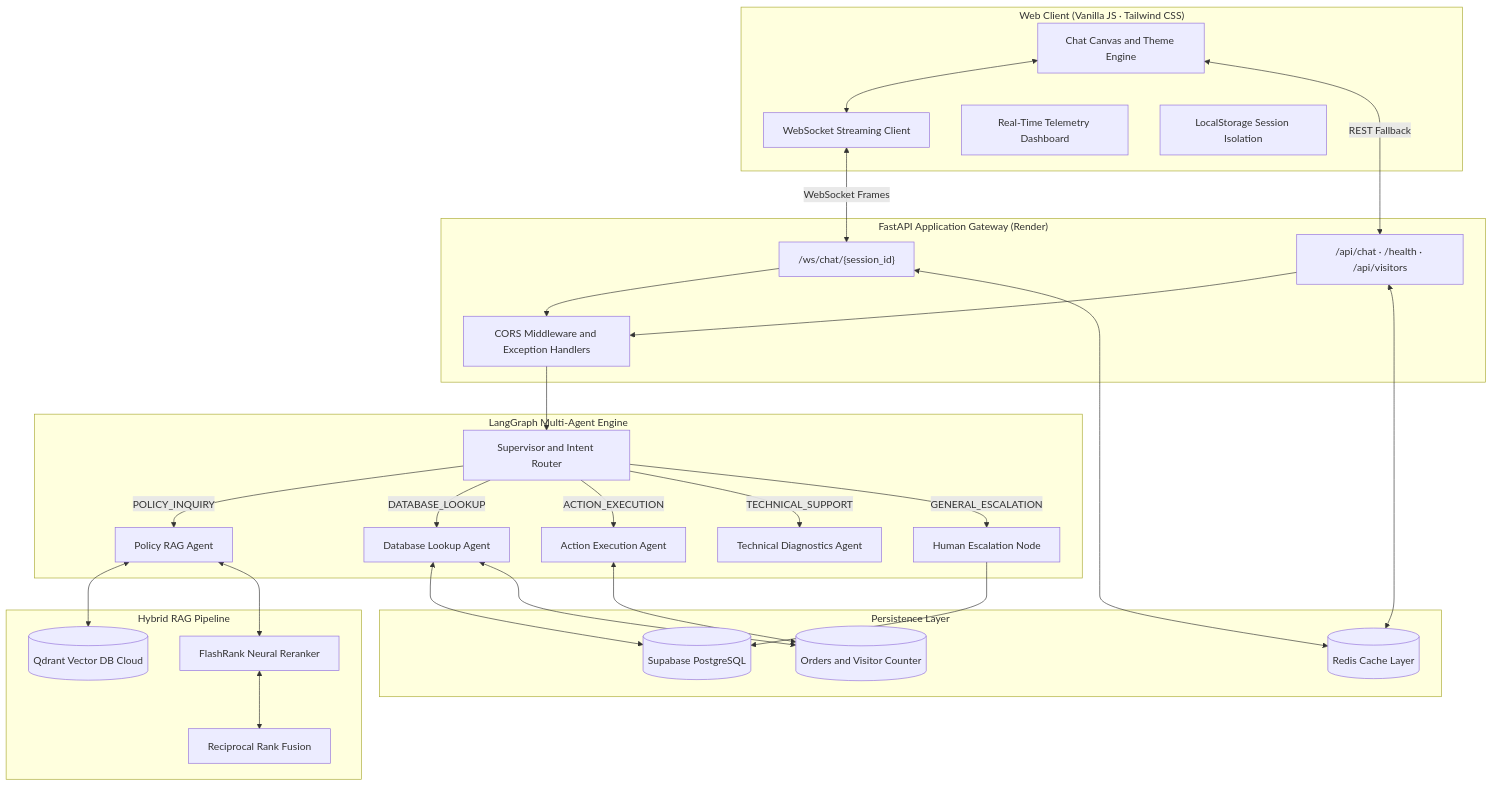
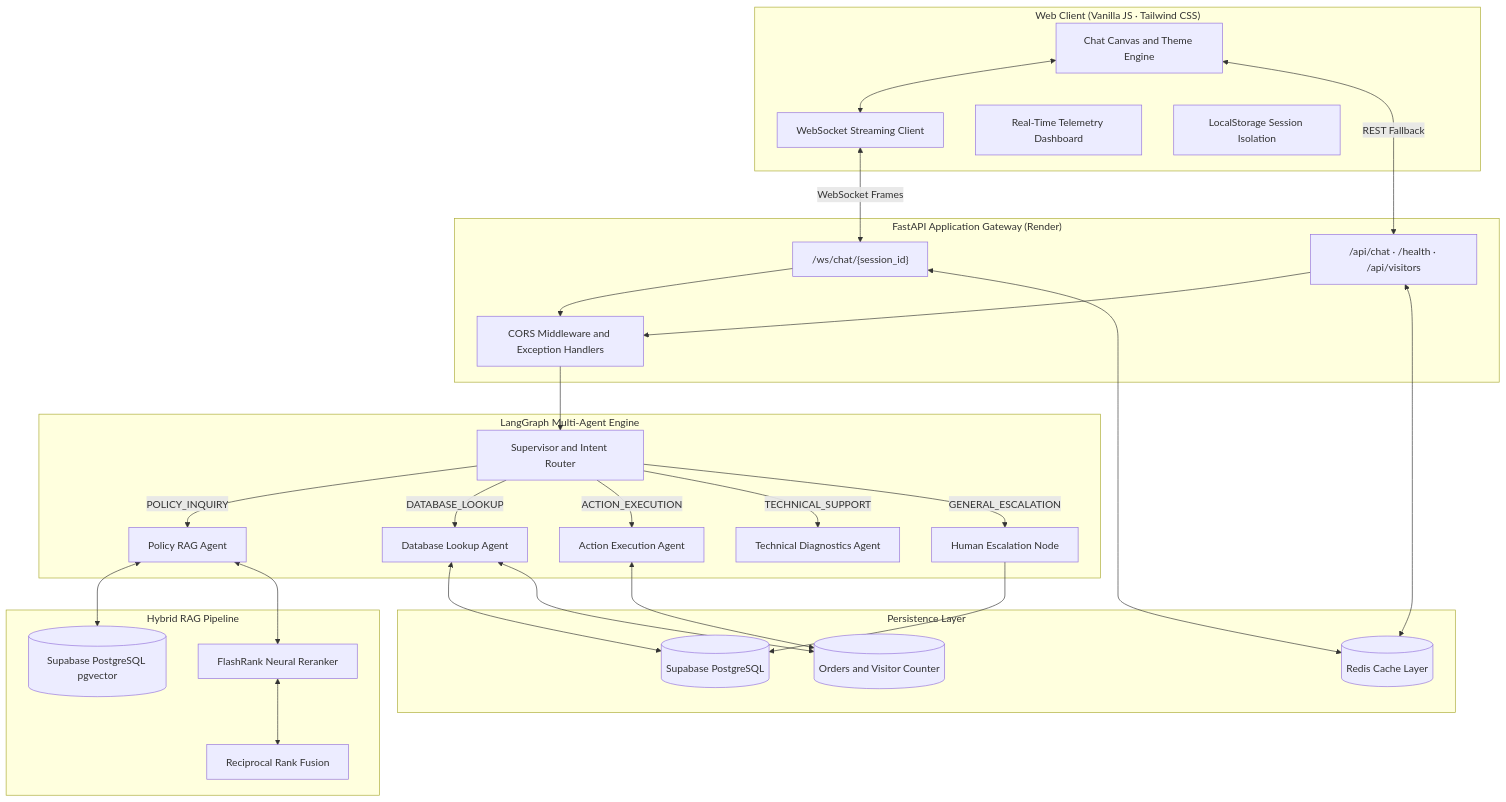
The diagram in README.md (princeVerma73/ResolveX), drawn with Mermaid before and after one commit. The commit also changed other lines of this file, not shown here.

````diff
--- a/README.md
+++ b/README.md
@@ -36,59 +36,59 @@
 ```mermaid
 flowchart TD
     subgraph Client ["Web Client (Vanilla JS · Tailwind CSS)"]
         UI[Chat Canvas and Theme Engine]
         WS_CLIENT[WebSocket Streaming Client]
         TELEMETRY[Real-Time Telemetry Dashboard]
         STORAGE[LocalStorage Session Isolation]
     end
 
     subgraph API ["FastAPI Application Gateway (Render)"]
         WS_ROUTE["/ws/chat/{session_id}"]
         REST_ROUTE["/api/chat · /health · /api/visitors"]
         CORS[CORS Middleware and Exception Handlers]
     end
 
     subgraph LangGraph ["LangGraph Multi-Agent Engine"]
         ROUTER[Supervisor and Intent Router]
         POLICY_NODE[Policy RAG Agent]
         ORDER_NODE[Database Lookup Agent]
         ACTION_NODE[Action Execution Agent]
         TECH_NODE[Technical Diagnostics Agent]
         ESCALATE_NODE[Human Escalation Node]
     end
 
     subgraph RAG ["Hybrid RAG Pipeline"]
-        QDRANT[(Qdrant Vector DB Cloud)]
+        PGVECTOR[(Supabase PostgreSQL pgvector)]
         FLASHRANK[FlashRank Neural Reranker]
         RRF[Reciprocal Rank Fusion]
     end
 
     subgraph Storage ["Persistence Layer"]
         SUPABASE[(Supabase PostgreSQL)]
         REDIS[(Redis Cache Layer)]
         JSON_STORE[(Orders and Visitor Counter)]
     end
 
     UI <--> WS_CLIENT
     WS_CLIENT <-->|WebSocket Frames| WS_ROUTE
     UI <-->|REST Fallback| REST_ROUTE
 
     WS_ROUTE --> CORS --> ROUTER
     REST_ROUTE --> CORS
 
     ROUTER -->|POLICY_INQUIRY| POLICY_NODE
     ROUTER -->|DATABASE_LOOKUP| ORDER_NODE
     ROUTER -->|ACTION_EXECUTION| ACTION_NODE
     ROUTER -->|TECHNICAL_SUPPORT| TECH_NODE
     ROUTER -->|GENERAL_ESCALATION| ESCALATE_NODE
 
-    POLICY_NODE <--> QDRANT
+    POLICY_NODE <--> PGVECTOR
     POLICY_NODE <--> FLASHRANK
     FLASHRANK <--> RRF
     ORDER_NODE <--> SUPABASE
     ORDER_NODE <--> JSON_STORE
     ACTION_NODE <--> JSON_STORE
     ESCALATE_NODE --> SUPABASE
     REST_ROUTE <--> REDIS
     WS_ROUTE <--> REDIS
 ```
````
